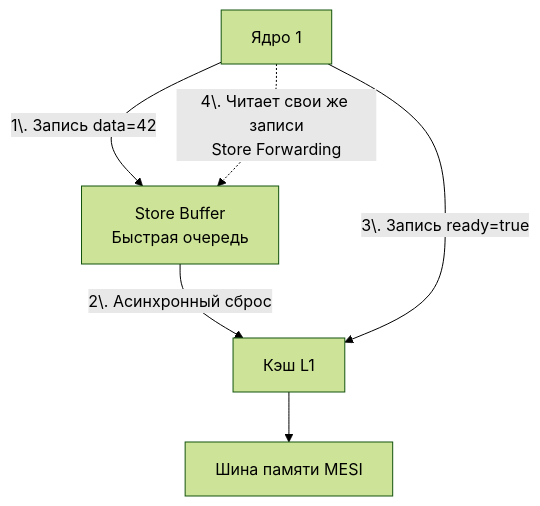
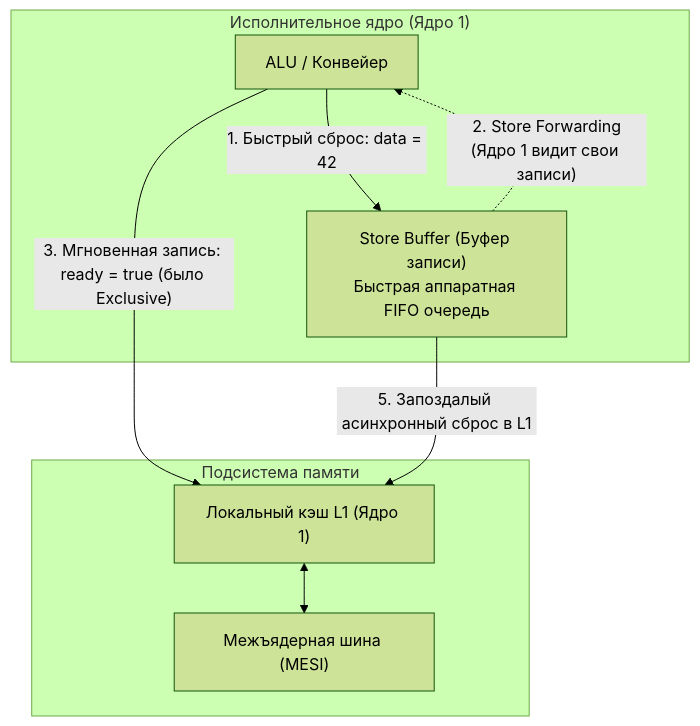
One commit to UnrealTemplier/go-textbook changed the diagram in sources/1. Архитектура компьютера/22. Memory Ordering и CPU Memory Model.md. Above: the diagram before and after it, drawn with Mermaid (forest theme). The commit also changed other lines of this file, not shown here.

Commit message:
feat(module-01): editorial rewrite of Article 22 (Memory Ordering and CPU Memory Model) in Kernighan style

````diff
--- a/sources/1. Архитектура компьютера/22. Memory Ordering и CPU Memory Model.md
+++ b/sources/1. Архитектура компьютера/22. Memory Ordering и CPU Memory Model.md
@@ -54,8 +72,18 @@
 ```mermaid
 flowchart TD
-    Core1["Ядро 1"] -->|1\. Запись data=42| SB["Store Buffer<br>Быстрая очередь"]
-    SB -->|2\. Асинхронный сброс| L1["Кэш L1"]
-    Core1 -->|3\. Запись ready=true| L1
-    Core1 -.->|"4\. Читает свои же записи<br>Store Forwarding"| SB
-    L1 --> MESI["Шина памяти MESI"]
+    subgraph Core["Исполнительное ядро (Ядро 1)"]
+        ALU["ALU / Конвейер"]
+        SB["Store Buffer (Буфер записи)<br>Быстрая аппаратная FIFO очередь"]
+    end
+
+    subgraph MemorySubsystem["Подсистема памяти"]
+        L1["Локальный кэш L1 (Ядро 1)"]
+        Bus["Межъядерная шина (MESI)"]
+    end
+
+    ALU -->|"1. Быстрый сброс: data = 42"| SB
+    ALU -->|"3. Мгновенная запись: ready = true (было Exclusive)"| L1
+    SB -.->|"2. Store Forwarding<br>(Ядро 1 видит свои записи)"| ALU
+    SB -->|"5. Запоздалый асинхронный сброс в L1"| L1
+    L1 <--> Bus
 ```
````
